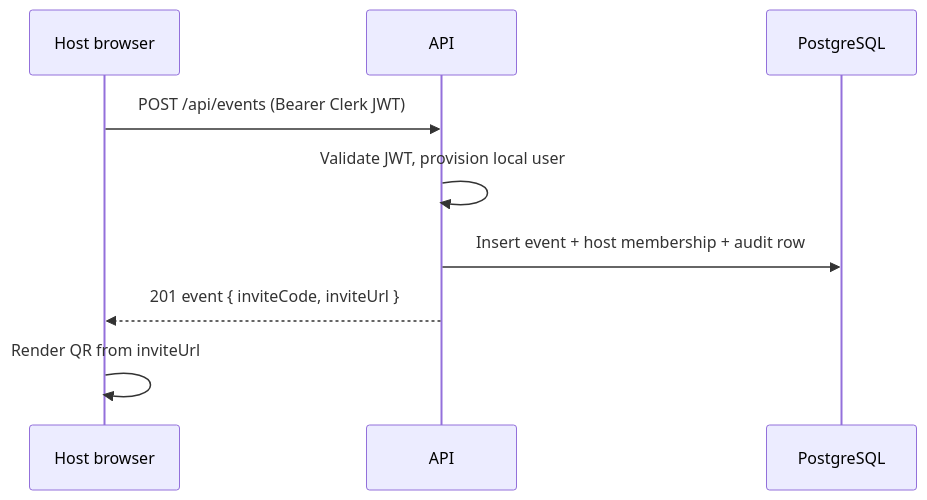
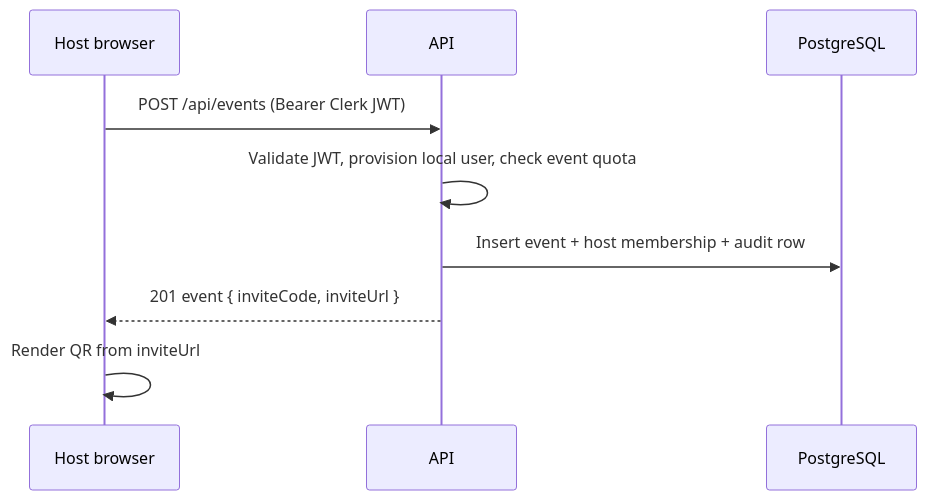
One commit to mudabs/EventShare changed the first of 3 diagrams in docs/ARCHITECTURE.md. Above: the diagram before and after it, drawn with Mermaid. The commit also changed other lines of this file and 51 other files, not shown here.

````diff
--- a/docs/ARCHITECTURE.md
+++ b/docs/ARCHITECTURE.md
@@ -39,11 +49,11 @@
 ```mermaid
 sequenceDiagram
   participant H as Host browser
   participant API as API
   participant DB as PostgreSQL
   H->>API: POST /api/events (Bearer Clerk JWT)
-  API->>API: Validate JWT, provision local user
+  API->>API: Validate JWT, provision local user, check event quota
   API->>DB: Insert event + host membership + audit row
   API-->>H: 201 event { inviteCode, inviteUrl }
   H->>H: Render QR from inviteUrl
 ```
````
